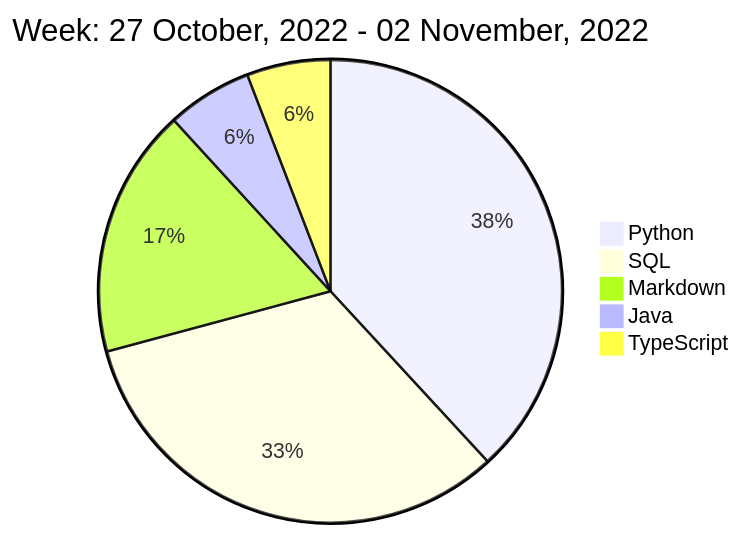
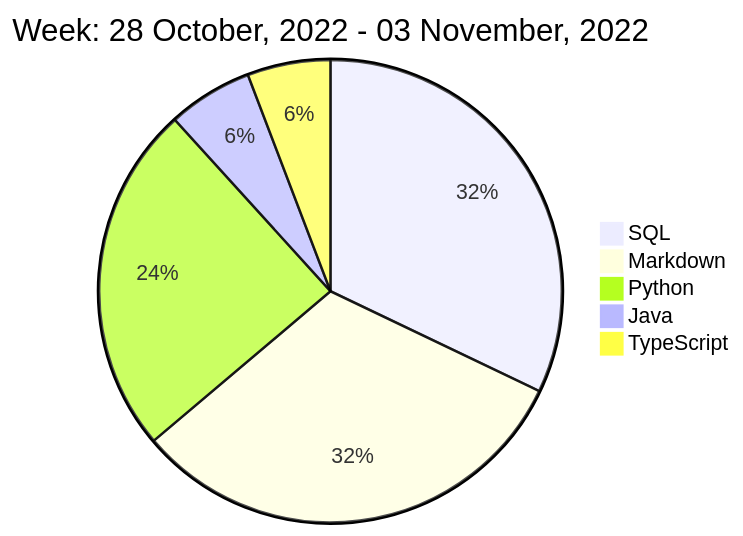
The diagram in README.md (liubin95/liubin95), drawn with Mermaid before and after one commit.

Commit message:
Updated the Graph with new Metrics

````diff
--- a/README.md
+++ b/README.md
@@ -40,9 +40,9 @@
 ```mermaid
  pie
-title Week: 27 October, 2022 - 02 November, 2022
- "Python" : 3.07
- "SQL" : 2.63
- "Markdown" : 1.4
+title Week: 28 October, 2022 - 03 November, 2022
+ "SQL" : 2.6
+ "Markdown" : 2.57
+ "Python" : 1.98
  "Java" : 0.48
  "TypeScript" : 0.47
 ```
````
